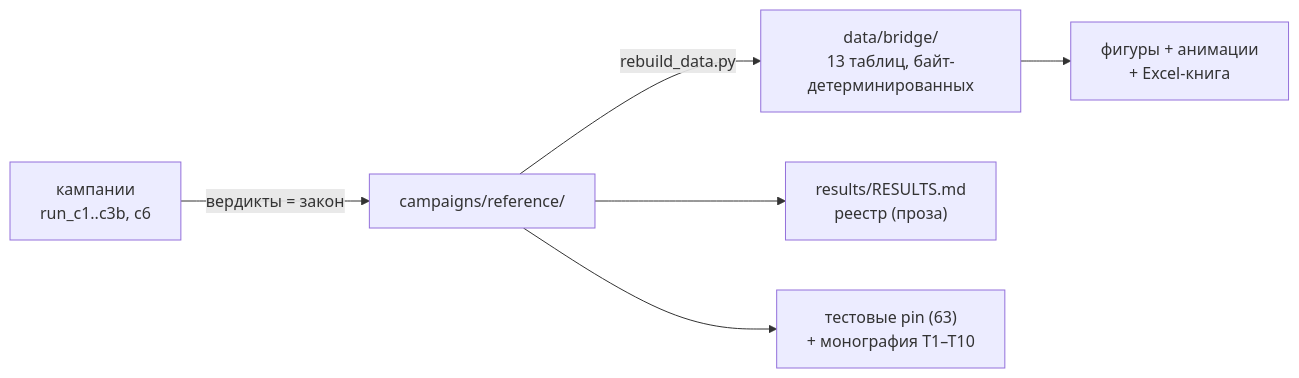
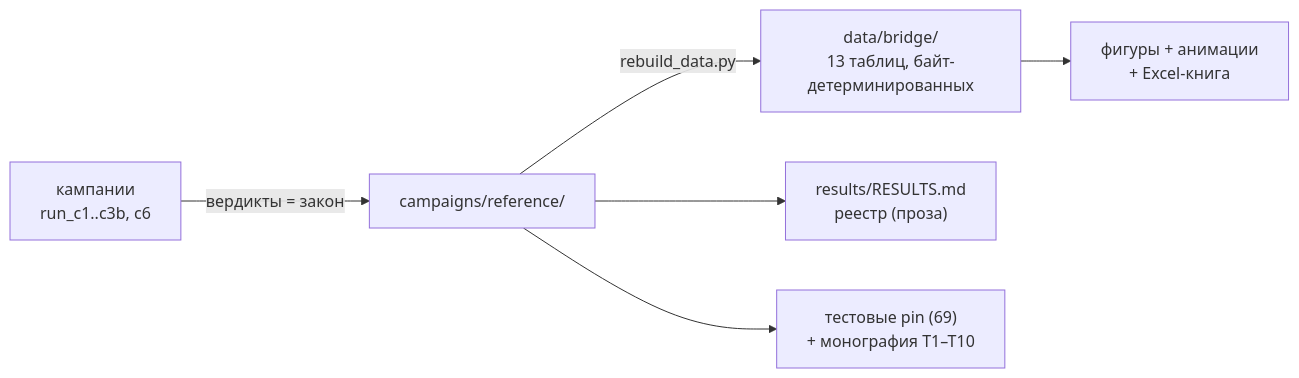
The second of 2 diagrams in Collapse Hawking Bridge/README.ru.md (wild8highlander/choptuik_ac_bc), drawn with Mermaid before and after one commit. The commit also changed other lines of this file and 56 other files, not shown here.

````diff
--- a/Collapse Hawking Bridge/README.ru.md
+++ b/Collapse Hawking Bridge/README.ru.md
@@ -414,8 +426,8 @@
 ```mermaid
 flowchart LR
     A["кампании<br/>run_c1..c3b, c6"] -->|"вердикты = закон"| R["campaigns/reference/"]
     R -->|"rebuild_data.py"| D["data/bridge/<br/>13 таблиц, байт-детерминированных"]
     D --> G["фигуры + анимации<br/>+ Excel-книга"]
     R --> L["results/RESULTS.md<br/>реестр (проза)"]
-    R --> P["тестовые pin (63)<br/>+ монография T1–T10"]
+    R --> P["тестовые pin (69)<br/>+ монография T1–T10"]
 ```
````
